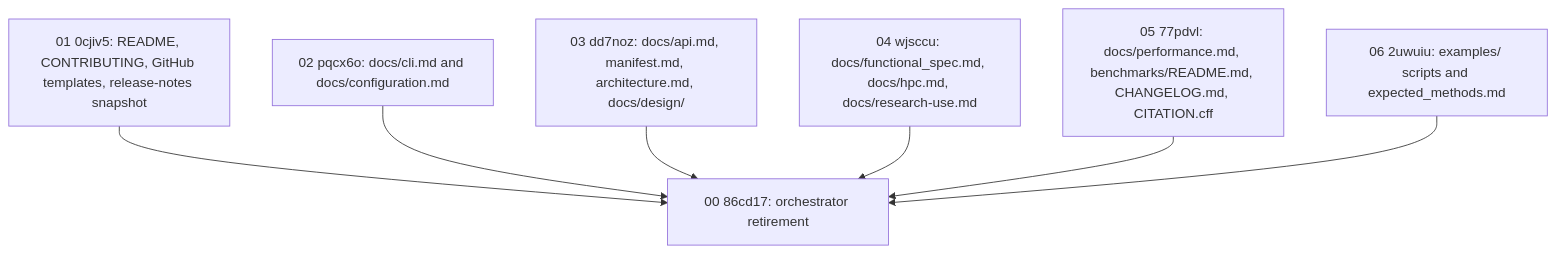
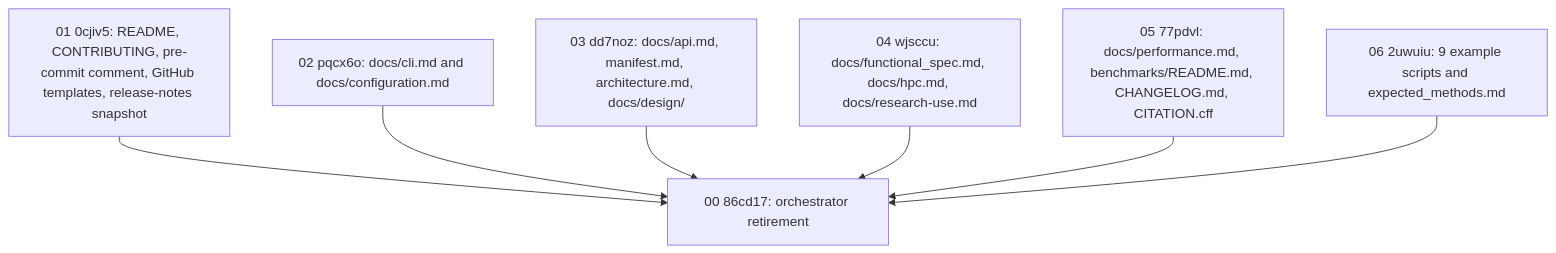
The diagram in .aw/records/plans/pending/20261125-doc-audit-00-86cd17-remediate-repository-documentation-inaccuracies-and-drift.ipd.md (fariello/pubrun), drawn with Mermaid before and after one commit. The commit also changed other lines of this file and 1 other file, not shown here.

````diff
--- a/.aw/records/plans/pending/20261125-doc-audit-00-86cd17-remediate-repository-documentation-inaccuracies-and-drift.ipd.md
+++ b/.aw/records/plans/pending/20261125-doc-audit-00-86cd17-remediate-repository-documentation-inaccuracies-and-drift.ipd.md
@@ -37,17 +41,17 @@
 ```mermaid
 flowchart TD
-    C1["01 0cjiv5: README, CONTRIBUTING, GitHub templates, release-notes snapshot"]
+    C1["01 0cjiv5: README, CONTRIBUTING, pre-commit comment, GitHub templates, release-notes snapshot"]
     C2["02 pqcx6o: docs/cli.md and docs/configuration.md"]
     C3["03 dd7noz: docs/api.md, manifest.md, architecture.md, docs/design/"]
     C4["04 wjsccu: docs/functional_spec.md, docs/hpc.md, docs/research-use.md"]
     C5["05 77pdvl: docs/performance.md, benchmarks/README.md, CHANGELOG.md, CITATION.cff"]
-    C6["06 2uwuiu: examples/ scripts and expected_methods.md"]
+    C6["06 2uwuiu: 9 example scripts and expected_methods.md"]
     ORCH["00 86cd17: orchestrator retirement"]
 
     C1 --> ORCH
     C2 --> ORCH
     C3 --> ORCH
     C4 --> ORCH
     C5 --> ORCH
     C6 --> ORCH
 ```
````
